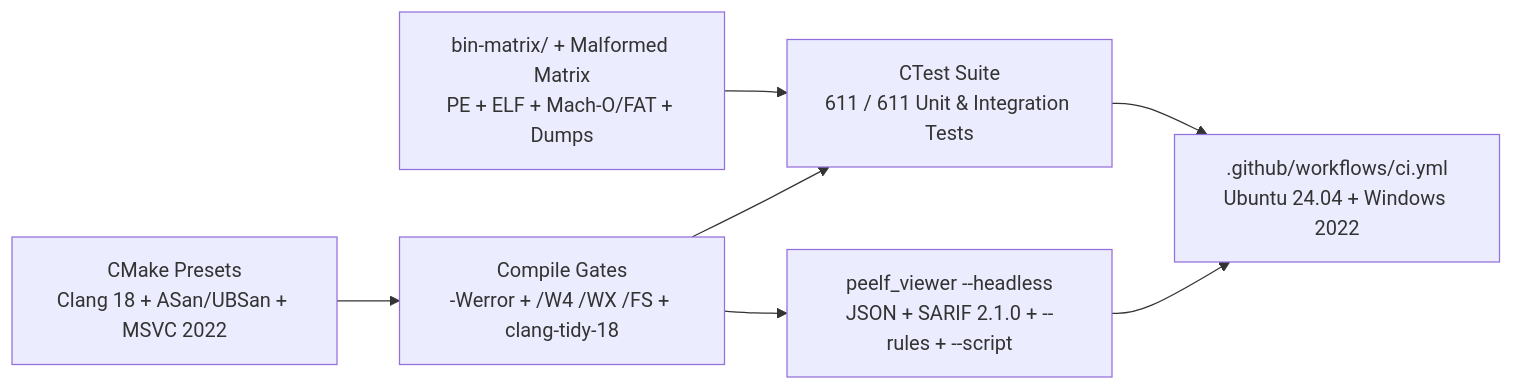
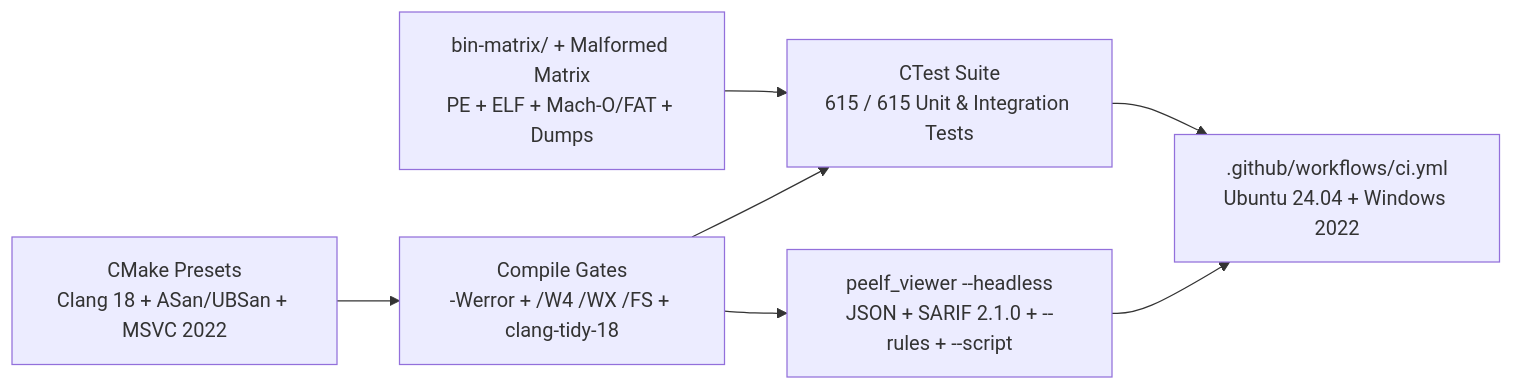
The seventh of 7 diagrams in docs/ARCHITECTURE.md (wsollers/exe_viewer), drawn with Mermaid before and after one commit. The commit also changed other lines of this file and 20 other files, not shown here.

````diff
--- a/docs/ARCHITECTURE.md
+++ b/docs/ARCHITECTURE.md
@@ -242,16 +242,16 @@
 ```mermaid
 flowchart LR
     matrix["bin-matrix/ + Malformed Matrix<br/>PE + ELF + Mach-O/FAT + Dumps"]
     presets["CMake Presets<br/>Clang 18 + ASan/UBSan + MSVC 2022"]
     gates["Compile Gates<br/>-Werror + /W4 /WX /FS + clang-tidy-18"]
-    ctest["CTest Suite<br/>611 / 611 Unit & Integration Tests"]
+    ctest["CTest Suite<br/>615 / 615 Unit & Integration Tests"]
     headless["peelf_viewer --headless<br/>JSON + SARIF 2.1.0 + --rules + --script"]
     gha[".github/workflows/ci.yml<br/>Ubuntu 24.04 + Windows 2022"]
 
     matrix --> ctest
     presets --> gates
     gates --> ctest
     gates --> headless
     ctest --> gha
     headless --> gha
 ```
````
